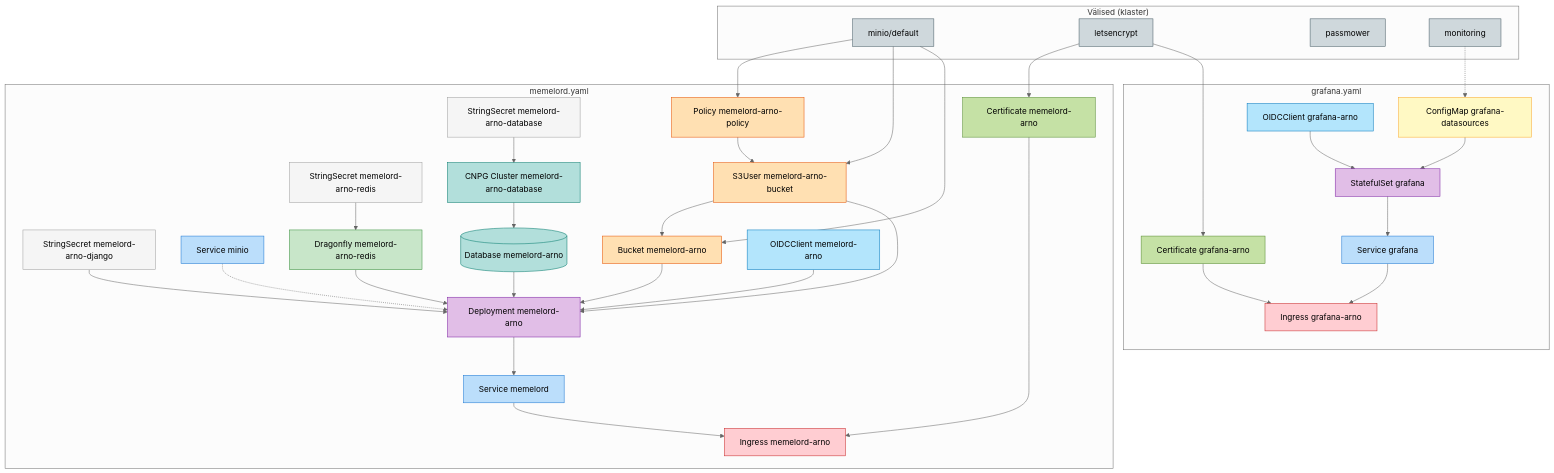
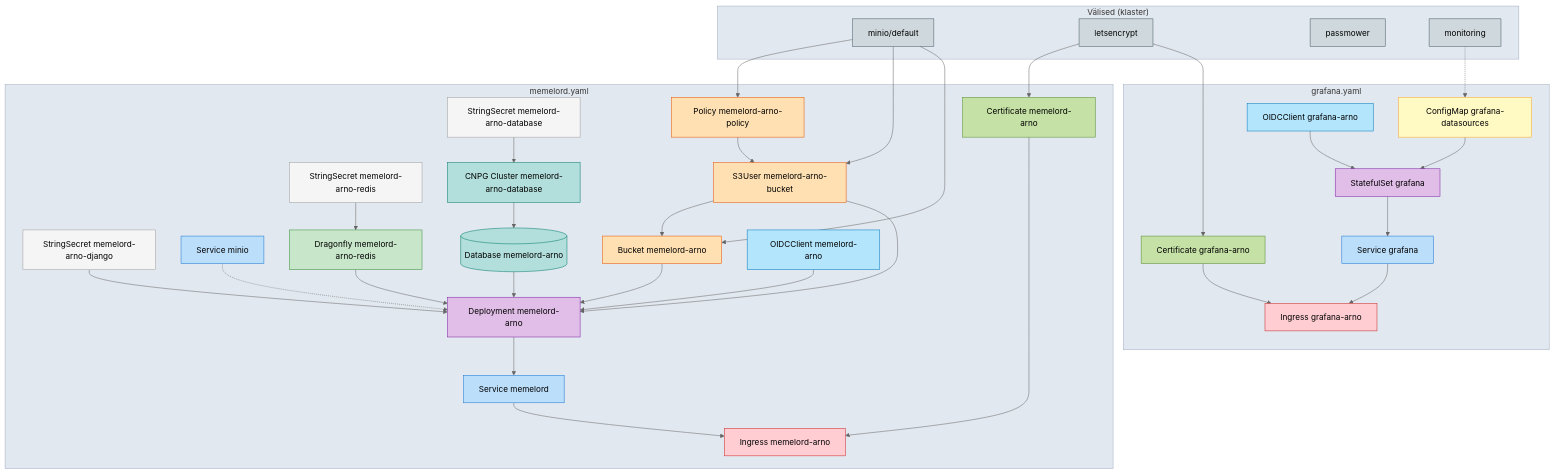
One commit to alfakilo87/memelord-arno changed the diagram in README.md. Above: the diagram before and after it, drawn with Mermaid (neutral theme).

Commit message:
Update manifests and README

````diff
--- a/README.md
+++ b/README.md
@@ -106,4 +106,8 @@
     class ING_ml,ING_gr ingress
     class OIDC_ml,OIDC_gr oidc
     class MINIO,LE,PM,MON external
+
+    style memelord fill:#e2e8f0,stroke:#a0aec0
+    style grafana fill:#e2e8f0,stroke:#a0aec0
+    style external fill:#e2e8f0,stroke:#a0aec0
 ```
````
